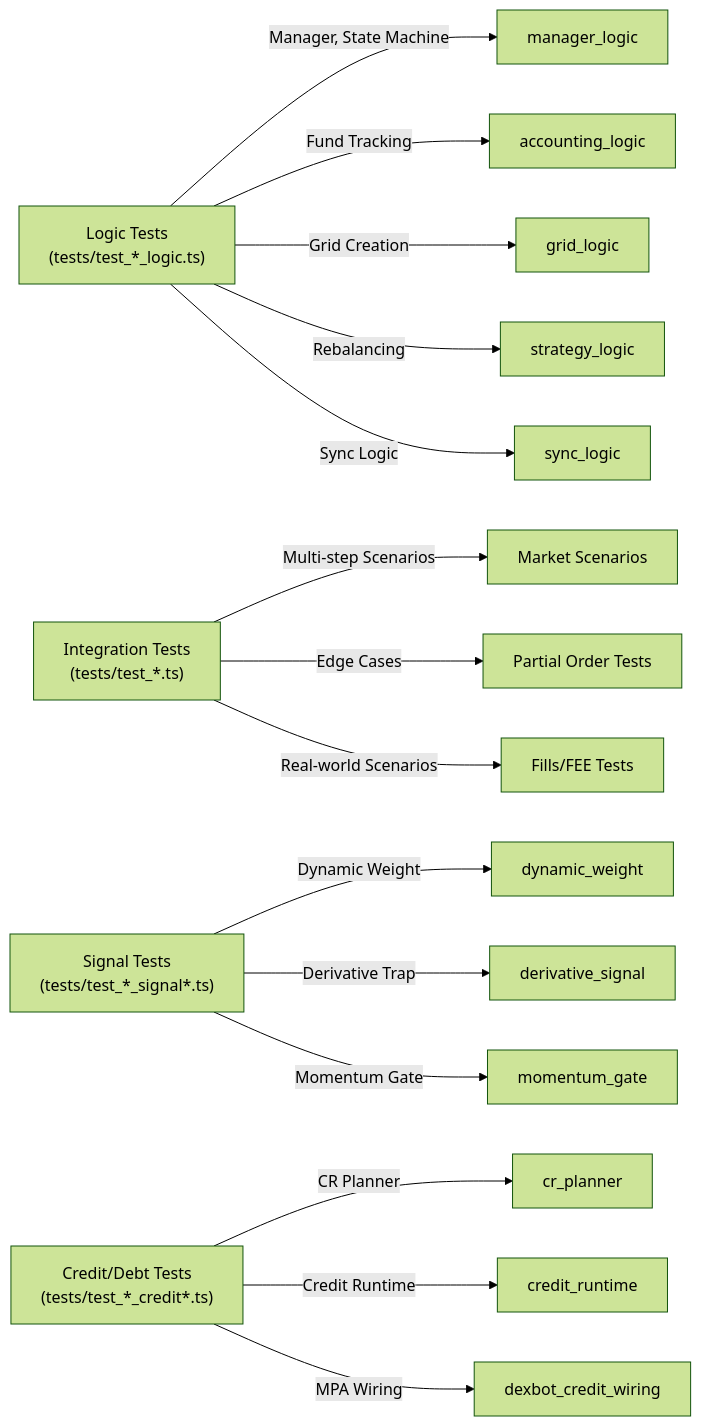
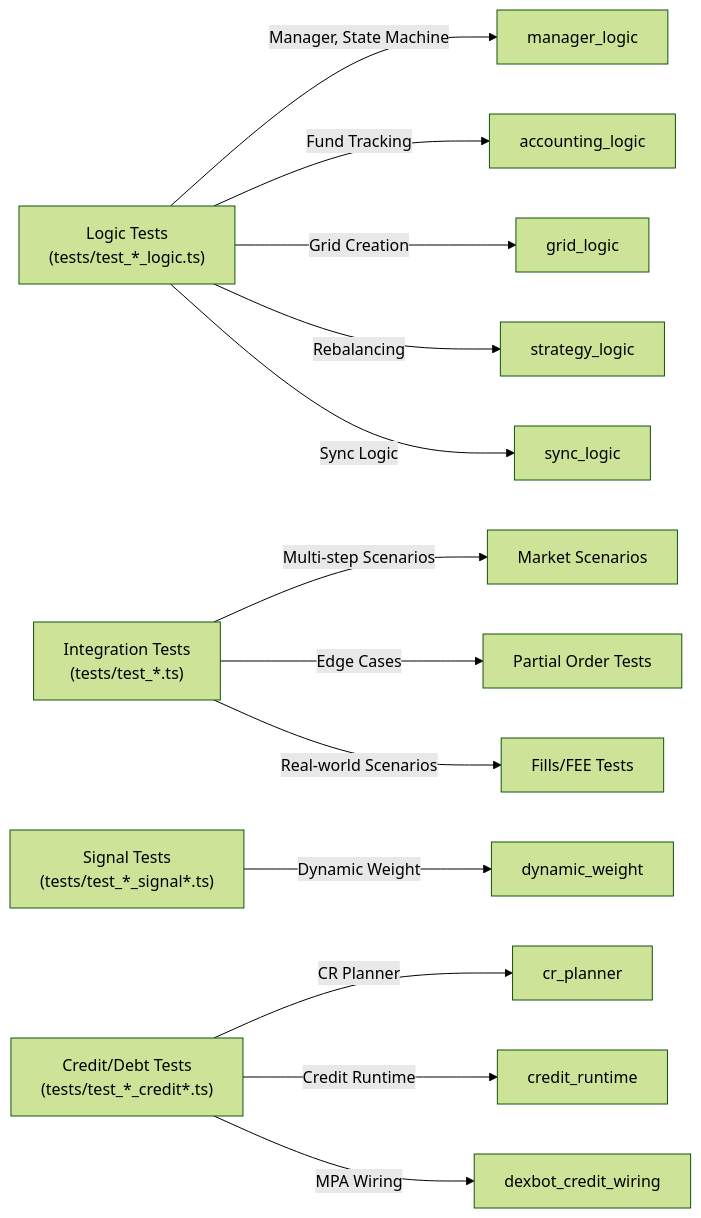
One commit to abitmore/DEXBot2 changed diagram 13 of 13 in docs/architecture.md. Above: the diagram before and after it, drawn with Mermaid (forest theme). The commit also changed other lines of this file and 20 other files, not shown here.

````diff
--- a/docs/architecture.md
+++ b/docs/architecture.md
@@ -1146,25 +1146,23 @@
 ```mermaid
 graph LR
     A["Logic Tests<br/>(tests/test_*_logic.ts)"]
     B["Integration Tests<br/>(tests/test_*.ts)"]
     C["Signal Tests<br/>(tests/test_*_signal*.ts)"]
     D["Credit/Debt Tests<br/>(tests/test_*_credit*.ts)"]
 
     A -->|Manager, State Machine| A1["manager_logic"]
     A -->|Fund Tracking| A2["accounting_logic"]
     A -->|Grid Creation| A3["grid_logic"]
     A -->|Rebalancing| A4["strategy_logic"]
     A -->|Sync Logic| A5["sync_logic"]
 
     B -->|Multi-step Scenarios| B1["Market Scenarios"]
     B -->|Edge Cases| B2["Partial Order Tests"]
     B -->|Real-world Scenarios| B3["Fills/FEE Tests"]
 
     C -->|Dynamic Weight| C1["dynamic_weight"]
-    C -->|Derivative Trap| C2["derivative_signal"]
-    C -->|Momentum Gate| C3["momentum_gate"]
 
     D -->|CR Planner| D1["cr_planner"]
     D -->|Credit Runtime| D2["credit_runtime"]
     D -->|MPA Wiring| D3["dexbot_credit_wiring"]
 ```
````
